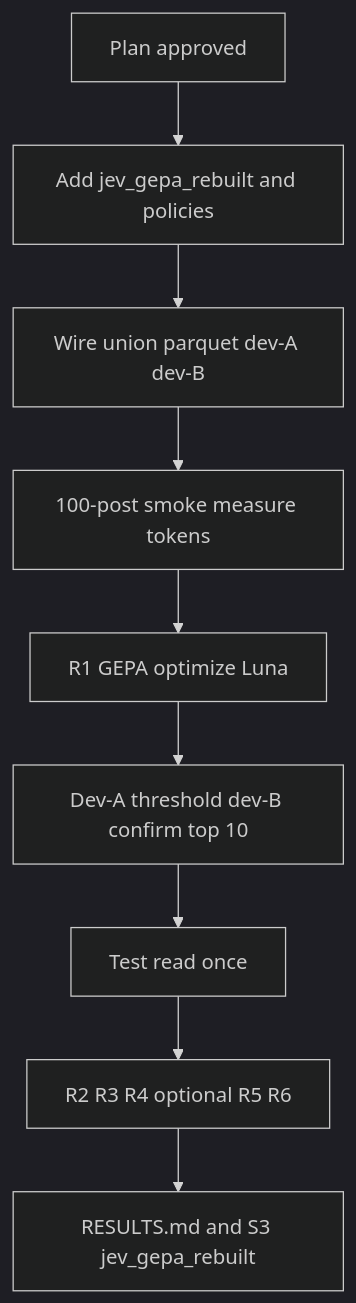
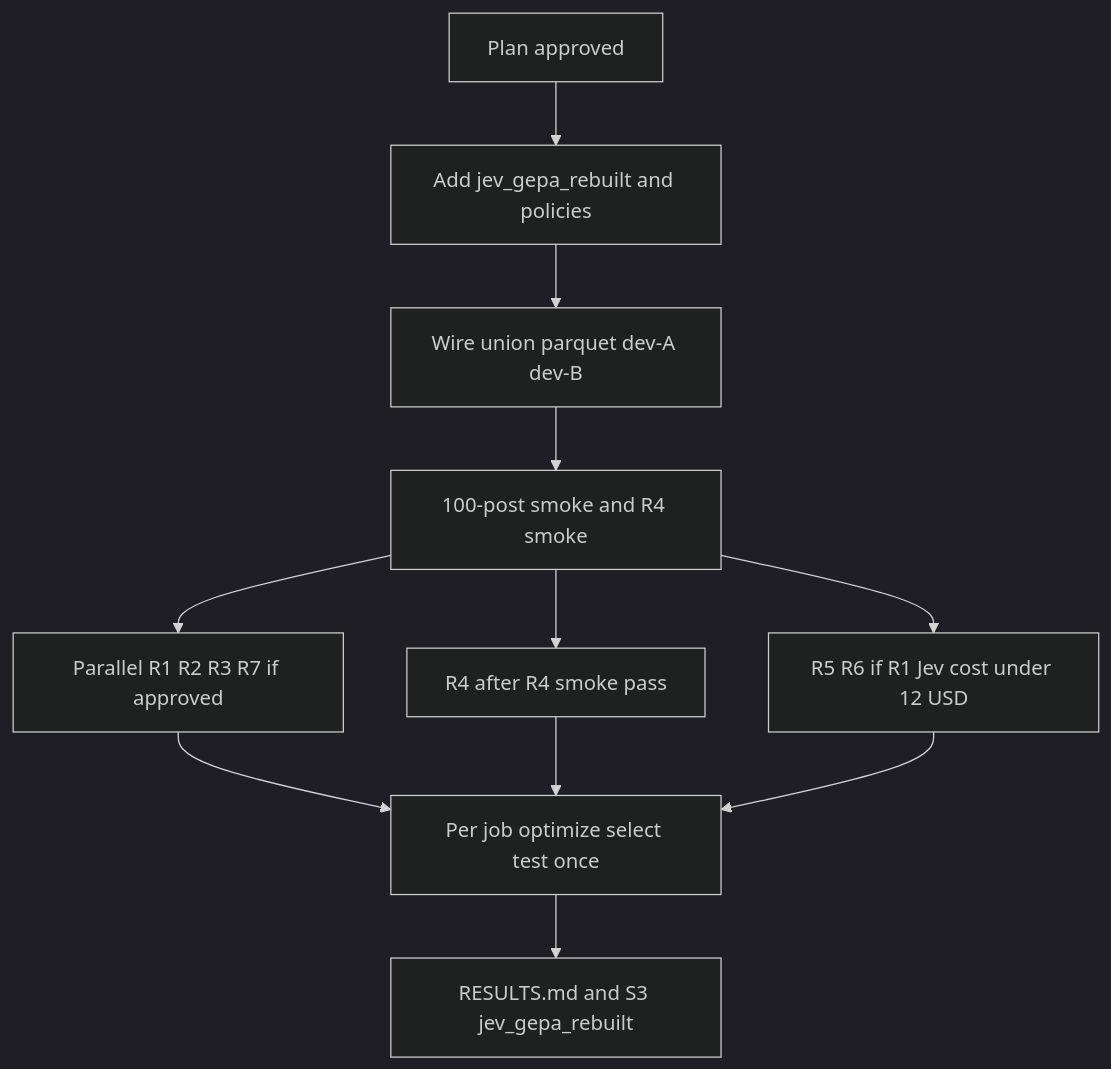
Before and after one commit to METResearchGroup/mirrorView-task: the diagram in docs/plans/2026-09-24_rebuilt_gepa_union_66a982/plan.md, drawn with Mermaid (dark theme). The commit also changed other lines of this file and 8 other files, not shown here.

````diff
--- a/docs/plans/2026-09-24_rebuilt_gepa_union_66a982/plan.md
+++ b/docs/plans/2026-09-24_rebuilt_gepa_union_66a982/plan.md
@@ -65,20 +68,22 @@
 ```mermaid
 flowchart TD
   approve[Plan approved]
   scaffold[Add jev_gepa_rebuilt and policies]
   splits[Wire union parquet dev-A dev-B]
-  smoke[100-post smoke measure tokens]
-  r1[R1 GEPA optimize Luna]
-  select[Dev-A threshold dev-B confirm top 10]
-  test[Test read once]
-  ablations[R2 R3 R4 optional R5 R6]
+  smoke[100-post smoke and R4 smoke]
+  wave1[Parallel R1 R2 R3 R7 if approved]
+  perJob[Per job optimize select test once]
+  r4[R4 after R4 smoke pass]
+  r56[R5 R6 if R1 Jev cost under 12 USD]
   results[RESULTS.md and S3 jev_gepa_rebuilt]
   approve --> scaffold
   scaffold --> splits
   splits --> smoke
-  smoke --> r1
-  r1 --> select
-  select --> test
-  test --> ablations
-  ablations --> results
+  smoke --> wave1
+  wave1 --> perJob
+  smoke --> r4
+  r4 --> perJob
+  smoke --> r56
+  r56 --> perJob
+  perJob --> results
 ```
````
